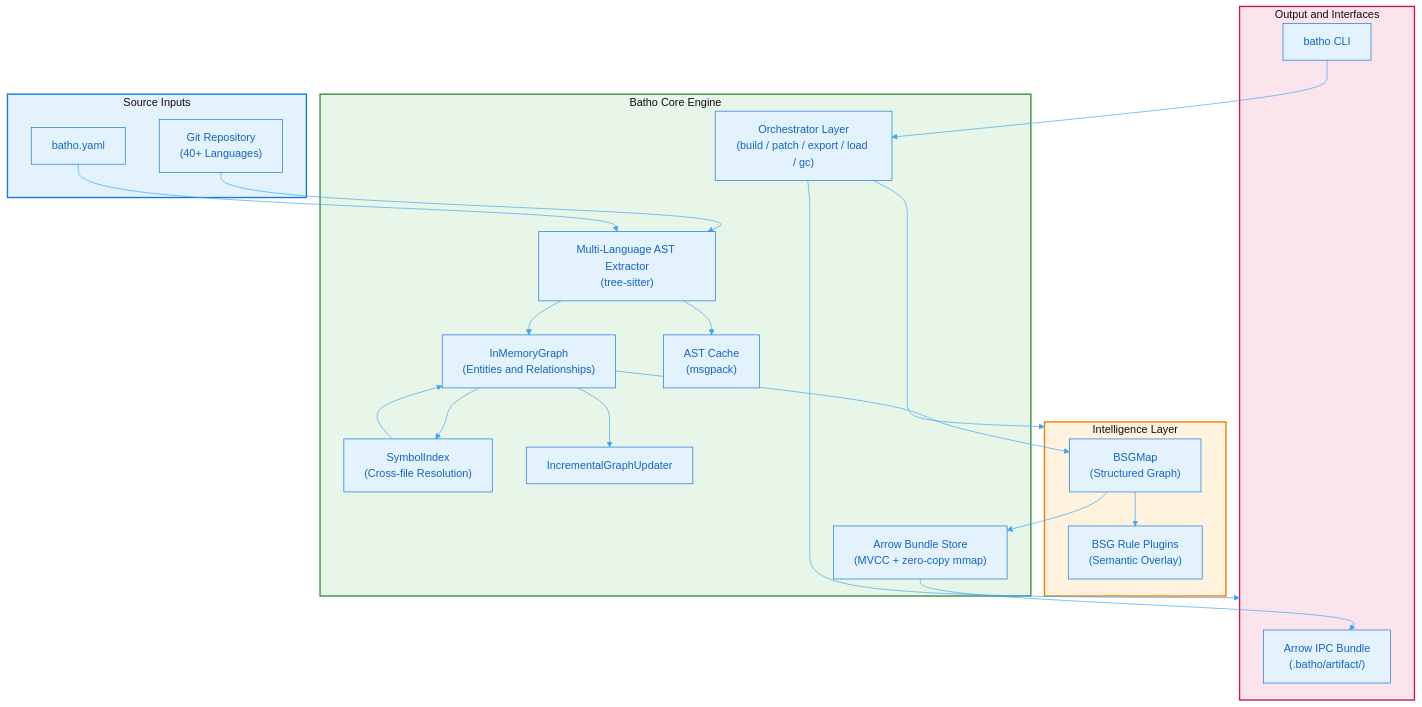
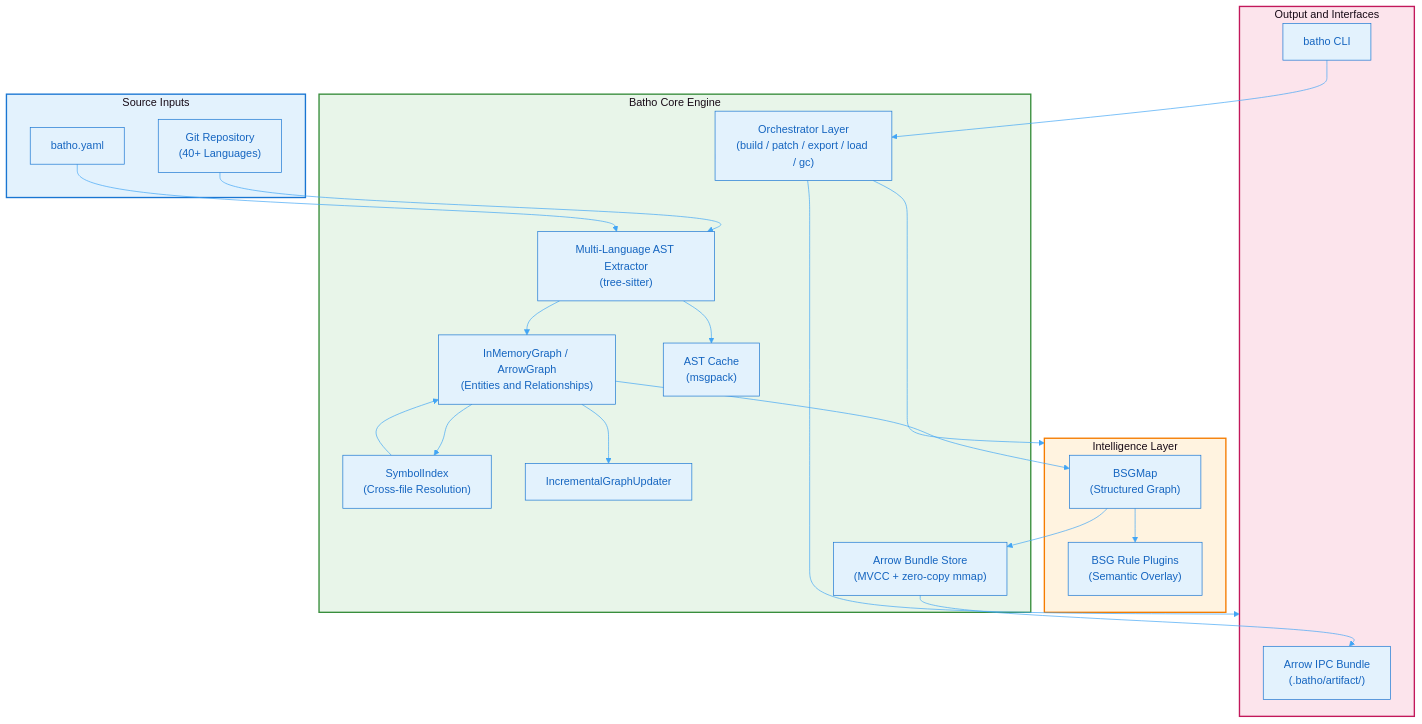
One commit to sageoz/Batho changed the first of 2 diagrams in docs-site/docs/whitepaper/architecture.md. Above: the diagram before and after it, drawn with Mermaid. The commit also changed other lines of this file and 22 other files, not shown here.

````diff
--- a/docs-site/docs/whitepaper/architecture.md
+++ b/docs-site/docs/whitepaper/architecture.md
@@ -13,49 +13,49 @@
 ```mermaid
 %%{init: {'theme': 'base', 'themeVariables': { 'primaryColor': '#e3f2fd', 'primaryTextColor': '#1565c0', 'primaryBorderColor': '#1976d2', 'lineColor': '#42a5f5', 'secondaryColor': '#f3e5f5', 'tertiaryColor': '#e8f5e9'}}}%%
 flowchart TB
     subgraph Sources["Source Inputs"]
         Repo["Git Repository<br/>(40+ Languages)"]
         Config["batho.yaml"]
     end
 
     subgraph Core["Batho Core Engine"]
         Orchestrator["Orchestrator Layer<br/>(build / patch / export / load / gc)"]
         Extractor["Multi-Language AST Extractor<br/>(tree-sitter)"]
-        Graph["InMemoryGraph<br/>(Entities and Relationships)"]
+        Graph["InMemoryGraph / ArrowGraph<br/>(Entities and Relationships)"]
         Cache["AST Cache<br/>(msgpack)"]
         SymbolIndex["SymbolIndex<br/>(Cross-file Resolution)"]
         Incremental["IncrementalGraphUpdater"]
         Storage["Arrow Bundle Store<br/>(MVCC + zero-copy mmap)"]
     end
 
     subgraph Intelligence["Intelligence Layer"]
         BSG["BSGMap<br/>(Structured Graph)"]
         Rules["BSG Rule Plugins<br/>(Semantic Overlay)"]
     end
 
     subgraph Output["Output and Interfaces"]
         Bundle["Arrow IPC Bundle<br/>(.batho/artifact/)"]
         CLI["batho CLI"]
     end
 
     Repo --> Extractor
     Config --> Extractor
     Extractor --> Cache
     Extractor --> Graph
     Graph --> SymbolIndex
     SymbolIndex --> Graph
     Graph --> Incremental
     Graph --> BSG
     BSG --> Rules
     BSG --> Storage
     Storage --> Bundle
     CLI --> Orchestrator
     Orchestrator --> Core
     Orchestrator --> Intelligence
     Orchestrator --> Output
 
     style Sources fill:#e3f2fd,stroke:#1976d2,stroke-width:2px
     style Core fill:#e8f5e9,stroke:#388e3c,stroke-width:2px
     style Intelligence fill:#fff3e0,stroke:#f57c00,stroke-width:2px
     style Output fill:#fce4ec,stroke:#c2185b,stroke-width:2px
 ```
````
